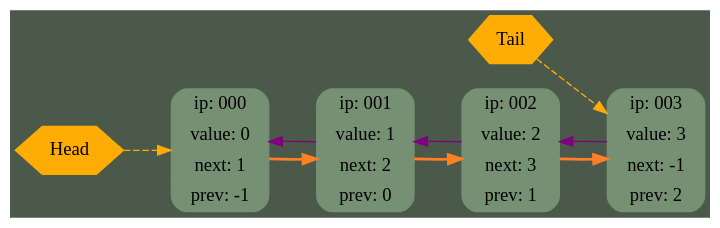
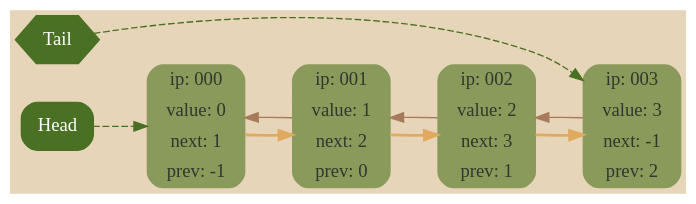
Before and after one commit to F1merhub/List: the diagram in GraphDump/dump.dot, drawn with Graphviz. The commit also changed 6 other files, not shown here.

```diff
--- a/GraphDump/dump.dot
+++ b/GraphDump/dump.dot
@@ -1,21 +1,20 @@
 digraph G {
 	rankdir = LR;
-	bgcolor="#4A5949"
-	node000 [shape=Mrecord; style=filled; color="#769074"; label =  " { ip: 000} | {value:   0} | {next:   1} | {prev:  -1} " ];
-	node001 [shape=Mrecord; style=filled; color="#769074"; label =  " { ip: 001} | {value:   1} | {next:   2} | {prev:   0} " ];
-	node002 [shape=Mrecord; style=filled; color="#769074"; label =  " { ip: 002} | {value:   2} | {next:   3} | {prev:   1} " ];
-	node003 [shape=Mrecord; style=filled; color="#769074"; label =  " { ip: 003} | {value:   3} | {next:  -1} | {prev:   2} " ];
+	bgcolor="#E6D5B8";
+	node000 [shape=Mrecord; style=filled; color="#8A9A5B"; fontcolor="#2E382E"; label=" { ip: 000 } | { value:   0 } | { next:   1 } | { prev:  -1 } "];
+	node001 [shape=Mrecord; style=filled; color="#8A9A5B"; fontcolor="#2E382E"; label=" { ip: 001 } | { value:   1 } | { next:   2 } | { prev:   0 } "];
+	node002 [shape=Mrecord; style=filled; color="#8A9A5B"; fontcolor="#2E382E"; label=" { ip: 002 } | { value:   2 } | { next:   3 } | { prev:   1 } "];
+	node003 [shape=Mrecord; style=filled; color="#8A9A5B"; fontcolor="#2E382E"; label=" { ip: 003 } | { value:   3 } | { next:  -1 } | { prev:   2 } "];
 
+	node000 -> node001 [style=bold; weight=1000; color="#E1A95F"];
+	node001 -> node002 [style=bold; weight=1000; color="#E1A95F"];
+	node002 -> node003 [style=bold; weight=1000; color="#E1A95F"];
+	node003 -> node002 [weight=0; color="#A67B5B"; constraint=false];
+	node002 -> node001 [weight=0; color="#A67B5B"; constraint=false];
+	node001 -> node000 [weight=0; color="#A67B5B"; constraint=false];
 
-	node000 -> node001 [style=bold; weight=1000; color=chocolate1; ];
-	node001 -> node002 [style=bold; weight=1000; color=chocolate1; ];
-	node002 -> node003 [style=bold; weight=1000; color=chocolate1; ];
-	node003 -> node002 [weight=0; color=purple; constraint=false; ];
-	node002 -> node001 [weight=0; color=purple; constraint=false; ];
-	node001 -> node000 [weight=0; color=purple; constraint=false; ];
-
-	head [shape=hexagon; style=filled; color="#ffac05"; label="Head"];
-	head -> node000 [style=dashed; color="#ffac05"];
-	tail [shape=hexagon; style=filled; color="#ffac05"; label="Tail"];
-	tail -> node003 [style=dashed; color="#ffac05"];
+	head [shape=Mrecord; style=filled; color="#4A7023"; fontcolor="white"; label="Head"];
+	head -> node000 [style=dashed; color="#4A7023"];
+	tail [shape=hexagon; style=filled; color="#4A7023"; fontcolor="white"; label="Tail"];
+	tail -> node003 [style=dashed; color="#4A7023"; constraint=false];
 }
```
